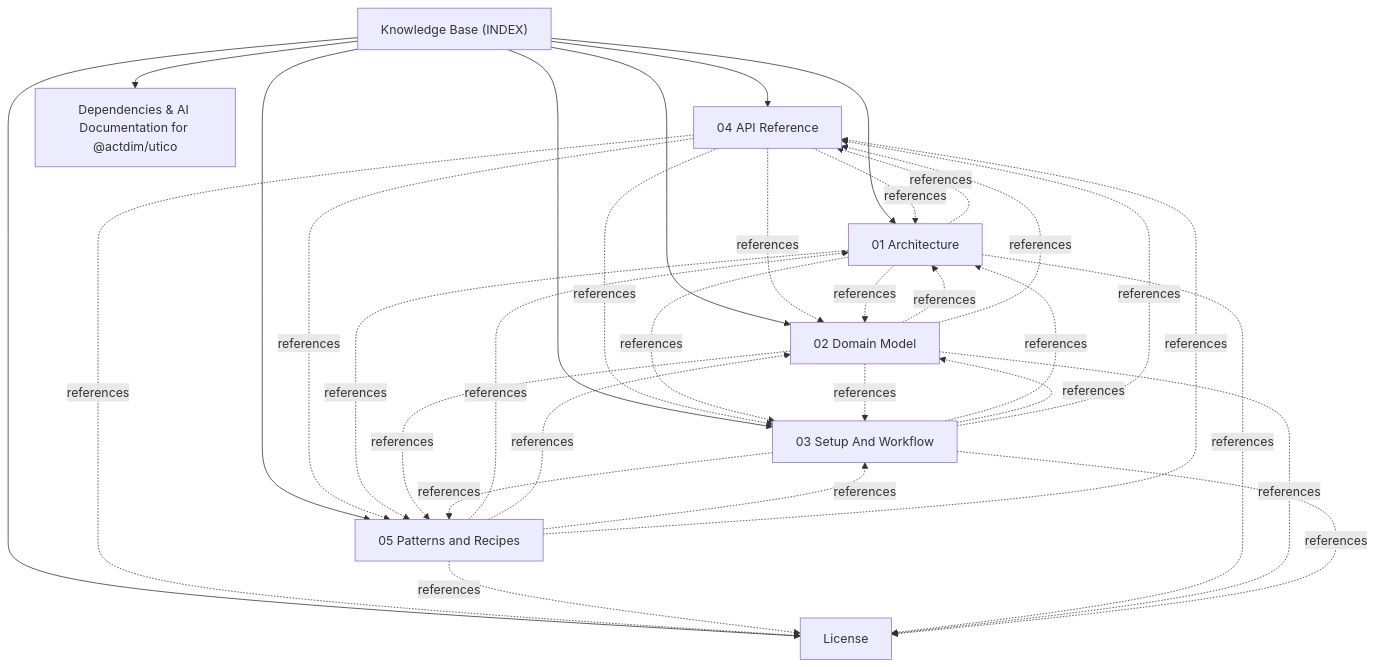
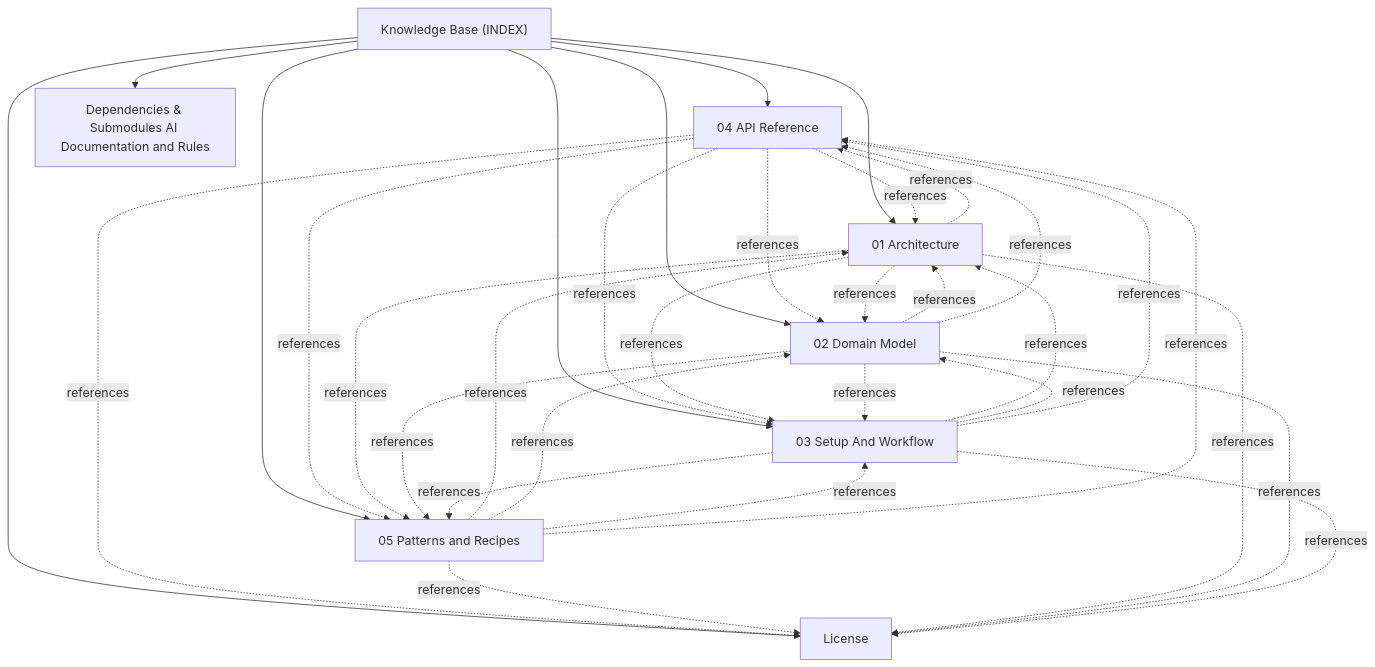
One commit to actdim/utico changed the diagram in docs/INDEX.md. Above: the diagram before and after it, drawn with Mermaid. The commit also changed other lines of this file and 3 other files, not shown here.

````diff
--- a/docs/INDEX.md
+++ b/docs/INDEX.md
@@ -17,43 +17,43 @@
 ```mermaid
 flowchart TD
     INDEX["Knowledge Base (INDEX)"]
     T_04_API_REFERENCE["04 API Reference"]
     INDEX --> T_04_API_REFERENCE
     T_05_PATTERNS_AND_RECIPES["05 Patterns and Recipes"]
     INDEX --> T_05_PATTERNS_AND_RECIPES
     T_ARCHITECTURE["01 Architecture"]
     INDEX --> T_ARCHITECTURE
-    T_DEPENDENCIES["Dependencies & AI Documentation for @actdim/utico"]
+    T_DEPENDENCIES["Dependencies & Submodules AI Documentation and Rules"]
     INDEX --> T_DEPENDENCIES
     T_DOMAIN_MODEL["02 Domain Model"]
     INDEX --> T_DOMAIN_MODEL
     T_LICENSE["License"]
     INDEX --> T_LICENSE
     T_SETUP_AND_WORKFLOW["03 Setup And Workflow"]
     INDEX --> T_SETUP_AND_WORKFLOW
     T_04_API_REFERENCE -.->|references| T_ARCHITECTURE
     T_04_API_REFERENCE -.->|references| T_DOMAIN_MODEL
     T_04_API_REFERENCE -.->|references| T_SETUP_AND_WORKFLOW
     T_04_API_REFERENCE -.->|references| T_05_PATTERNS_AND_RECIPES
     T_04_API_REFERENCE -.->|references| T_LICENSE
     T_05_PATTERNS_AND_RECIPES -.->|references| T_ARCHITECTURE
     T_05_PATTERNS_AND_RECIPES -.->|references| T_DOMAIN_MODEL
     T_05_PATTERNS_AND_RECIPES -.->|references| T_SETUP_AND_WORKFLOW
     T_05_PATTERNS_AND_RECIPES -.->|references| T_04_API_REFERENCE
     T_05_PATTERNS_AND_RECIPES -.->|references| T_LICENSE
     T_ARCHITECTURE -.->|references| T_DOMAIN_MODEL
     T_ARCHITECTURE -.->|references| T_SETUP_AND_WORKFLOW
     T_ARCHITECTURE -.->|references| T_04_API_REFERENCE
     T_ARCHITECTURE -.->|references| T_05_PATTERNS_AND_RECIPES
     T_ARCHITECTURE -.->|references| T_LICENSE
     T_DOMAIN_MODEL -.->|references| T_ARCHITECTURE
     T_DOMAIN_MODEL -.->|references| T_SETUP_AND_WORKFLOW
     T_DOMAIN_MODEL -.->|references| T_04_API_REFERENCE
     T_DOMAIN_MODEL -.->|references| T_05_PATTERNS_AND_RECIPES
     T_DOMAIN_MODEL -.->|references| T_LICENSE
     T_SETUP_AND_WORKFLOW -.->|references| T_ARCHITECTURE
     T_SETUP_AND_WORKFLOW -.->|references| T_DOMAIN_MODEL
     T_SETUP_AND_WORKFLOW -.->|references| T_04_API_REFERENCE
     T_SETUP_AND_WORKFLOW -.->|references| T_05_PATTERNS_AND_RECIPES
     T_SETUP_AND_WORKFLOW -.->|references| T_LICENSE
 ```
````
